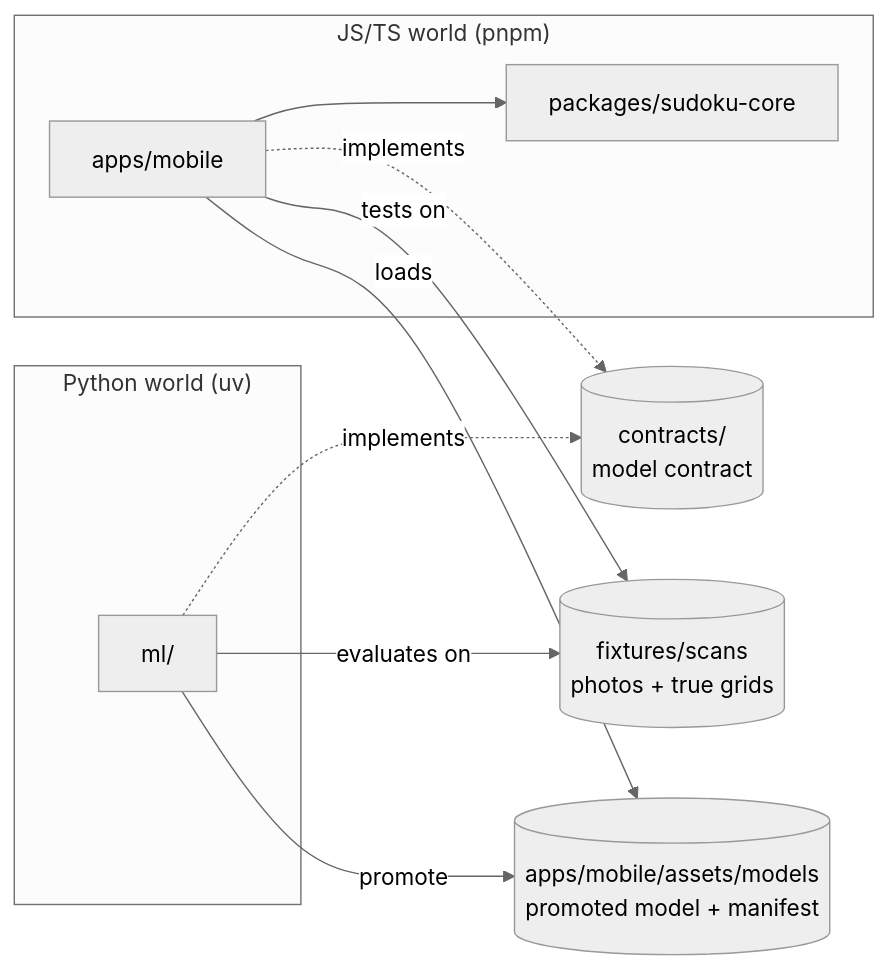
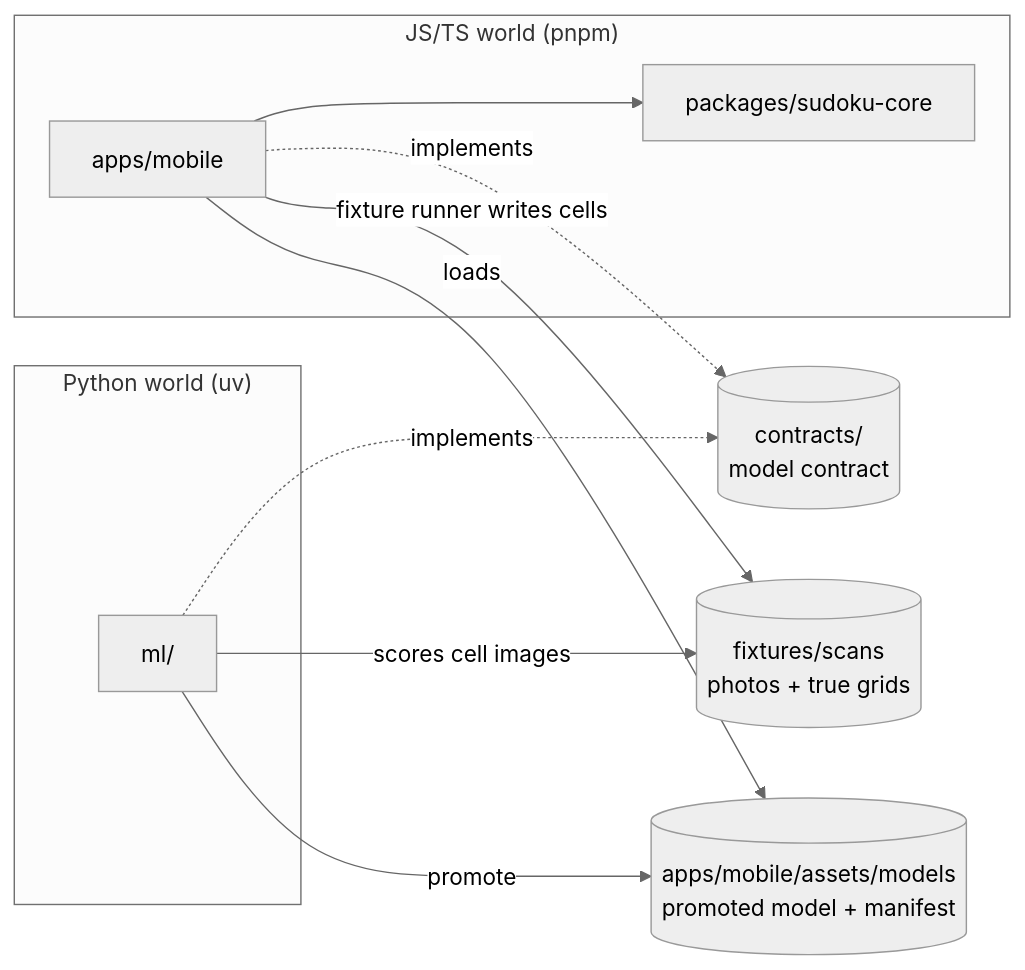
Before and after one commit to vandemaelefelix/sudoku: the second of 2 diagrams in docs/architecture/03-system-scope-and-context.md, drawn with Mermaid (neutral theme). The commit also changed other lines of this file and 24 other files, not shown here.

Commit message:
docs: apply architecture review findings, add ADR-010 to ADR-013

````diff
--- a/docs/architecture/03-system-scope-and-context.md
+++ b/docs/architecture/03-system-scope-and-context.md
@@ -40,21 +40,21 @@
 ```mermaid
 flowchart LR
     subgraph js["JS/TS world (pnpm)"]
         mobile["apps/mobile"]
         core["packages/sudoku-core"]
     end
     subgraph py["Python world (uv)"]
         ml["ml/"]
     end
     contracts[("contracts/<br>model contract")]
     fixtures[("fixtures/scans<br>photos + true grids")]
     models[("apps/mobile/assets/models<br>promoted model + manifest")]
 
     mobile --> core
     ml -->|promote| models
     mobile -->|loads| models
     ml -.->|implements| contracts
     mobile -.->|implements| contracts
-    ml -->|evaluates on| fixtures
-    mobile -->|tests on| fixtures
+    ml -->|scores cell images| fixtures
+    mobile -->|fixture runner writes cells| fixtures
 ```
````
